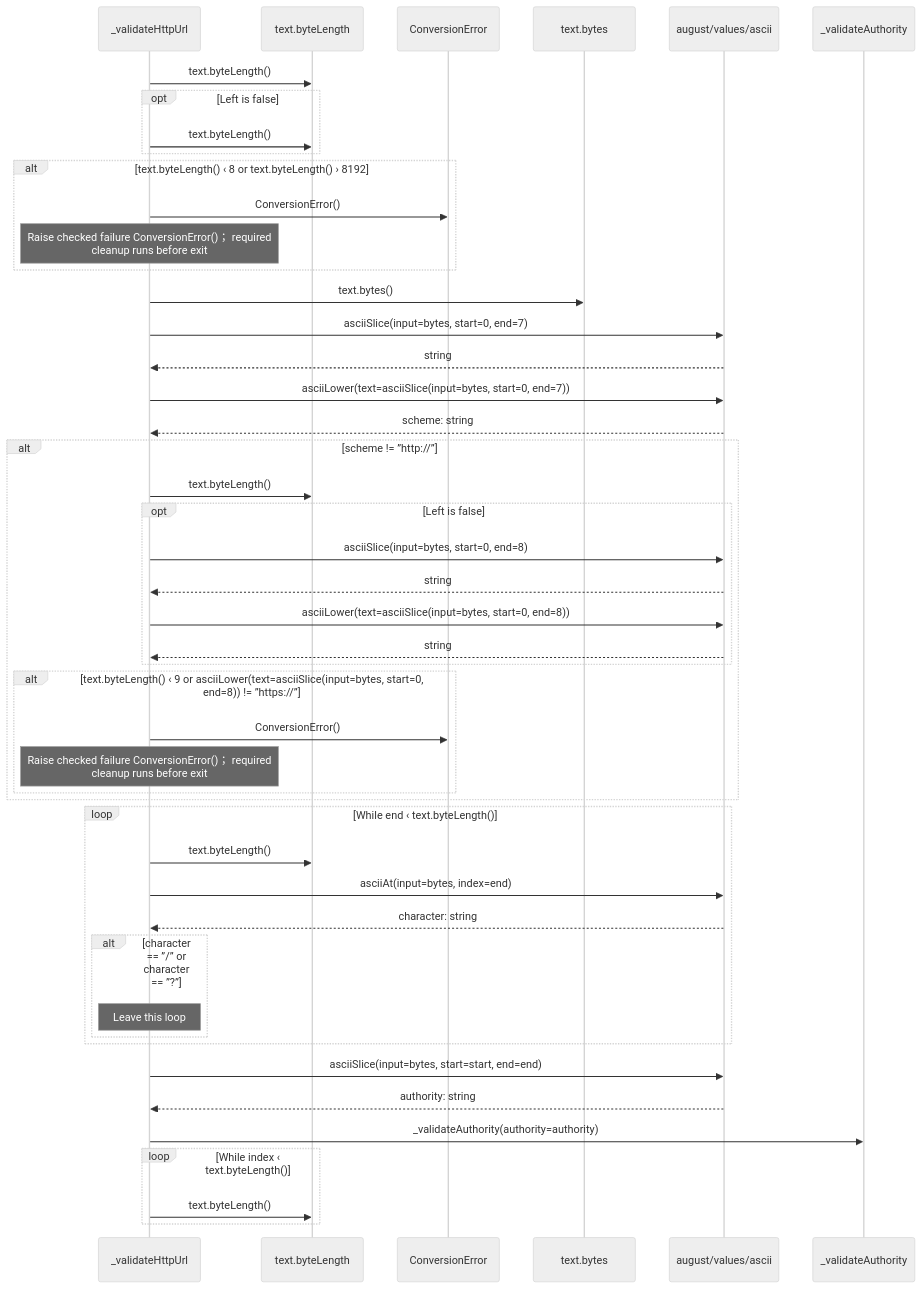
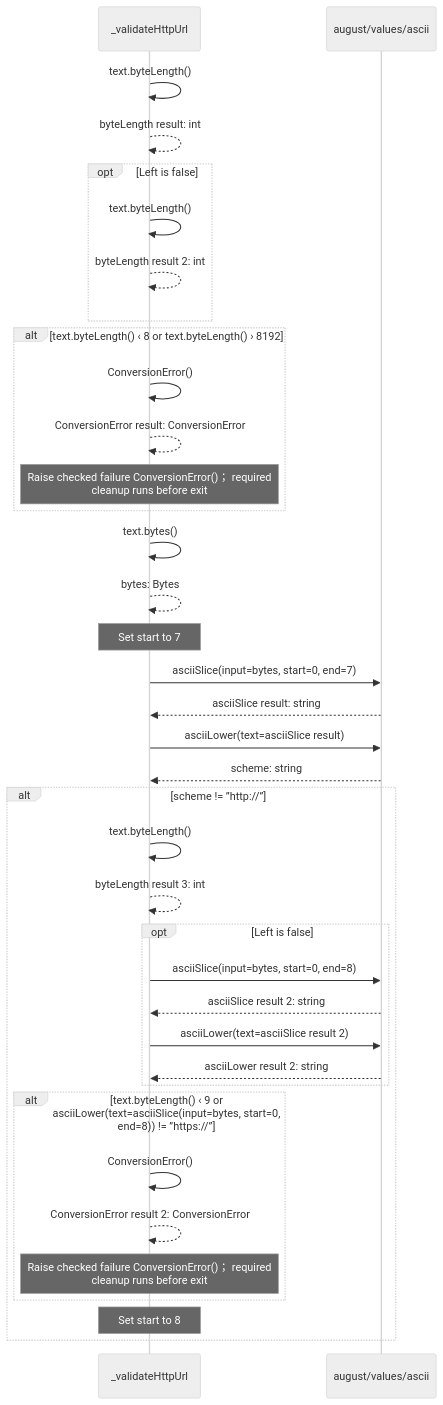
One commit to GreenPandaStudios/augscript changed the sixth of 13 diagrams in src/stdlib/values/urls.aug.diagrams.md. Above: the diagram before and after it, drawn with Mermaid (neutral theme). The commit also changed other lines of this file and 304 other files, not shown here.

Commit message:
Make generated data-flow sequences concise and review every diagram

````diff
--- a/src/stdlib/values/urls.aug.diagrams.md
+++ b/src/stdlib/values/urls.aug.diagrams.md
@@ -110,49 +99,39 @@
 ```mermaid
 sequenceDiagram
     participant p0 as _validateHttpUrl
-    participant p1 as text.byteLength
-    participant p2 as ConversionError
-    participant p3 as text.bytes
-    participant p4 as august/values/ascii
-    participant p5 as _validateAuthority
-    p0->>p1: text.byteLength()
+    participant p1 as august/values/ascii
+    p0->>p0: text.byteLength()
+    p0-->>p0: byteLength result: int
     opt Left is false
-    p0->>p1: text.byteLength()
+    p0->>p0: text.byteLength()
+    p0-->>p0: byteLength result 2: int
     end
     alt text.byteLength() ‹ 8 or text.byteLength() › 8192
-    p0->>p2: ConversionError()
+    p0->>p0: ConversionError()
+    p0-->>p0: ConversionError result: ConversionError
     Note over p0: Raise checked failure ConversionError()； required<br/>cleanup runs before exit
     end
-    p0->>p3: text.bytes()
-    p0->>p4: asciiSlice(input=bytes, start=0, end=7)
-    p4-->>p0: string
-    p0->>p4: asciiLower(text=asciiSlice(input=bytes, start=0, end=7))
-    p4-->>p0: scheme: string
+    p0->>p0: text.bytes()
+    p0-->>p0: bytes: Bytes
+    Note over p0: Set start to 7
+    p0->>p1: asciiSlice(input=bytes, start=0, end=7)
+    p1-->>p0: asciiSlice result: string
+    p0->>p1: asciiLower(text=asciiSlice result)
+    p1-->>p0: scheme: string
     alt scheme != ”http://”
-    p0->>p1: text.byteLength()
+    p0->>p0: text.byteLength()
+    p0-->>p0: byteLength result 3: int
     opt Left is false
-    p0->>p4: asciiSlice(input=bytes, start=0, end=8)
-    p4-->>p0: string
-    p0->>p4: asciiLower(text=asciiSlice(input=bytes, start=0, end=8))
-    p4-->>p0: string
+    p0->>p1: asciiSlice(input=bytes, start=0, end=8)
+    p1-->>p0: asciiSlice result 2: string
+    p0->>p1: asciiLower(text=asciiSlice result 2)
+    p1-->>p0: asciiLower result 2: string
     end
     alt text.byteLength() ‹ 9 or asciiLower(text=asciiSlice(input=bytes, start=0, end=8)) != ”https://”
-    p0->>p2: ConversionError()
+    p0->>p0: ConversionError()
+    p0-->>p0: ConversionError result 2: ConversionError
     Note over p0: Raise checked failure ConversionError()； required<br/>cleanup runs before exit
     end
-    end
-    loop While end ‹ text.byteLength()
-    p0->>p1: text.byteLength()
-    p0->>p4: asciiAt(input=bytes, index=end)
-    p4-->>p0: character: string
-    alt character == ”/” or character == ”?”
-    Note over p0: Leave this loop
-    end
-    end
-    p0->>p4: asciiSlice(input=bytes, start=start, end=end)
-    p4-->>p0: authority: string
-    p0->>p5: _validateAuthority(authority=authority)
-    loop While index ‹ text.byteLength()
-    p0->>p1: text.byteLength()
+    Note over p0: Set start to 8
     end
 ```
````
